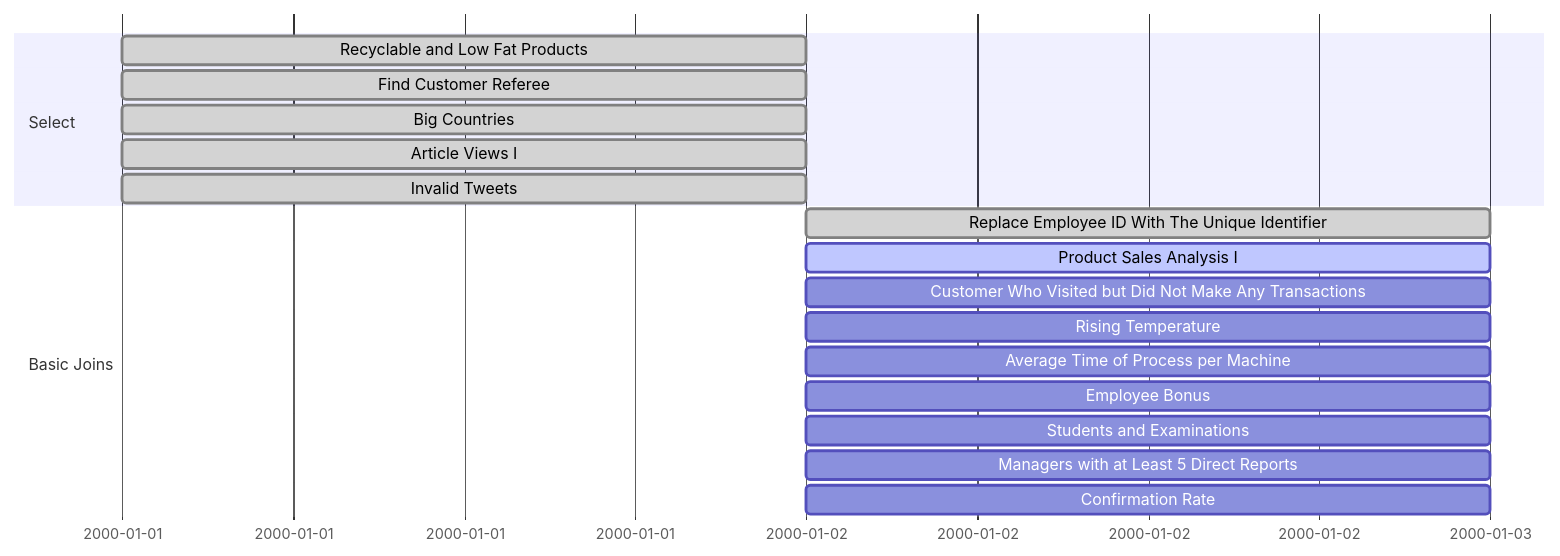
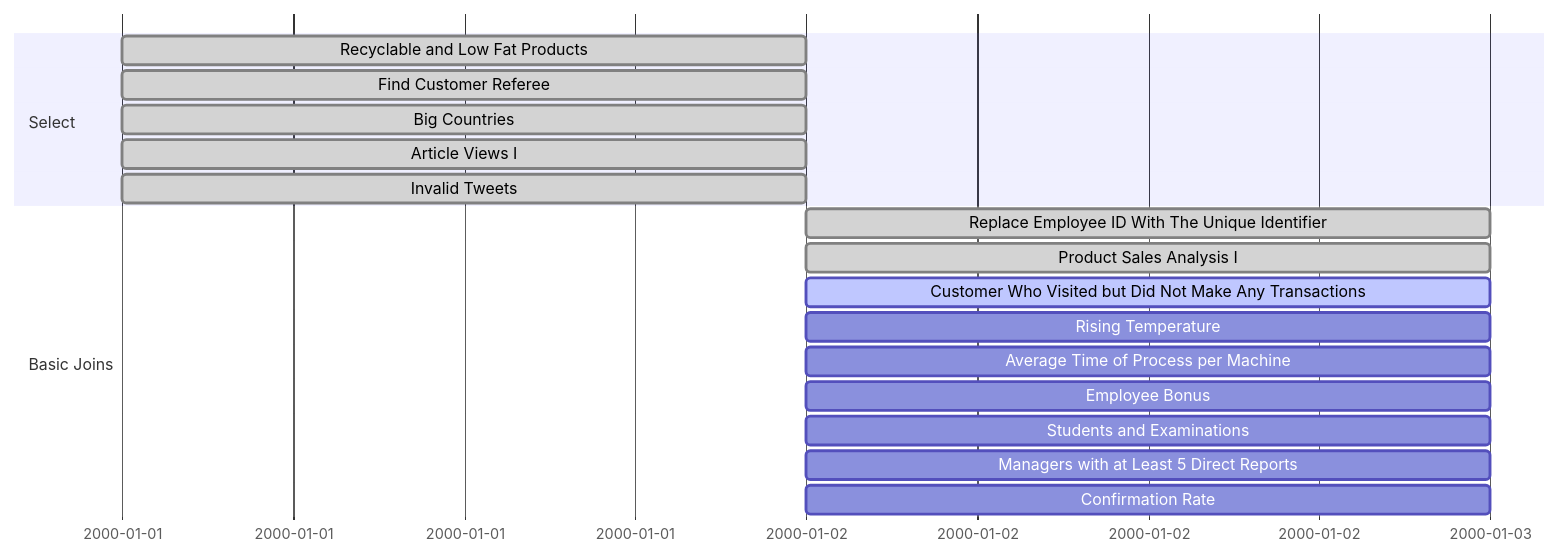
The third of 3 diagrams in README.md (kizzandev/LeetCode), drawn with Mermaid before and after one commit. The commit also changed 1 other file, not shown here.

Commit message:
Solution SQL 50: Product Sales Analysis I

````diff
--- a/README.md
+++ b/README.md
@@ -82,20 +82,20 @@
 ```mermaid
 gantt
     section Select
     Recyclable and Low Fat Products: done,   a0, 2000-01-01, 1d
     Find Customer Referee          : done,   a , 2000-01-01, 1d
     Big Countries                  : done,   a , 2000-01-01, 1d
     Article Views I                : done,   a , 2000-01-01, 1d
     Invalid Tweets                 : done,   a , 2000-01-01, 1d
 
     section Basic Joins
     Replace Employee ID With The Unique Identifier        : done,   a1, after a0, 1d
-    Product Sales Analysis I                              : active, a , after a0, 1d
-    Customer Who Visited but Did Not Make Any Transactions:         a , after a0, 1d
+    Product Sales Analysis I                              : done,   a , after a0, 1d
+    Customer Who Visited but Did Not Make Any Transactions: active, a , after a0, 1d
     Rising Temperature                                    :         a , after a0, 1d
     Average Time of Process per Machine                   :         a , after a0, 1d
     Employee Bonus                                        :         a , after a0, 1d
     Students and Examinations                             :         a , after a0, 1d
     Managers with at Least 5 Direct Reports               :         a , after a0, 1d
     Confirmation Rate                                     :         a , after a0, 1d
 ```
````
